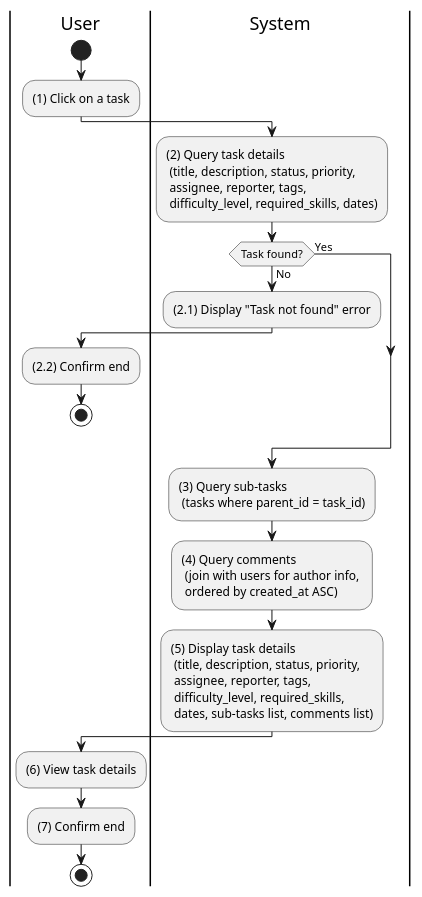
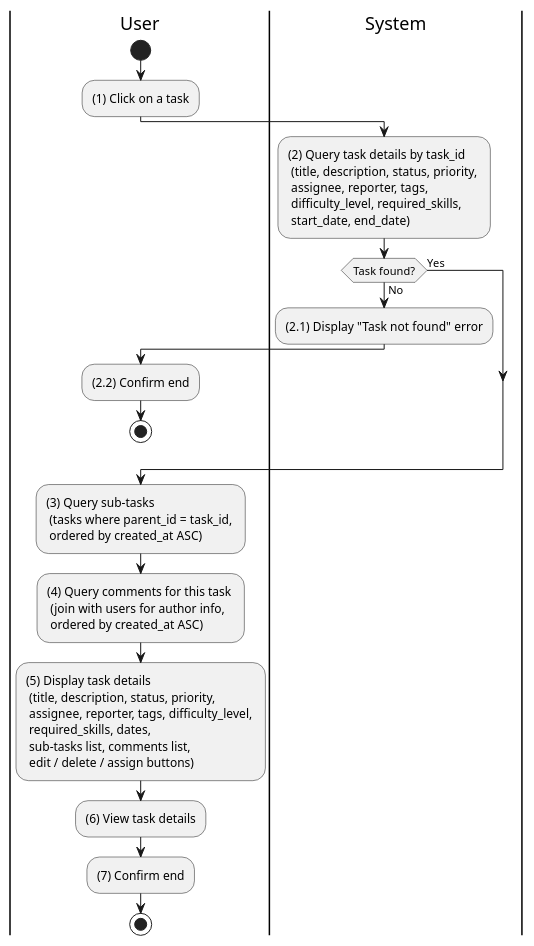
Before and after one commit to taskpilot-platform/taskpilot-platform.github.io: the diagram in docs/docs/activity/task-management/view-task-details.md, drawn with PlantUML. The commit also changed 9 other files, not shown here.

First line of the commit message:
docs(activity): expand 10 short activity diagram files with detailed flows

````diff
--- a/docs/docs/activity/task-management/view-task-details.md
+++ b/docs/docs/activity/task-management/view-task-details.md
@@ -3,32 +3,31 @@
 ```plantuml
 @startuml
 |U|User
 |S|System
 
 |U|
 start
 :(1) Click on a task;
 
 |S|
-:(2) Query task details \n (title, description, status, priority, \n assignee, reporter, tags, \n difficulty_level, required_skills, dates);
+:(2) Query task details by task_id \n (title, description, status, priority, \n assignee, reporter, tags, \n difficulty_level, required_skills, \n start_date, end_date);
 
 if (Task found?) then (No)
   :(2.1) Display "Task not found" error;
   |U|
   :(2.2) Confirm end;
   stop
 else (Yes)
 endif
 
-|S|
-:(3) Query sub-tasks \n (tasks where parent_id = task_id);
-:(4) Query comments \n (join with users for author info, \n ordered by created_at ASC);
-:(5) Display task details \n (title, description, status, priority, \n assignee, reporter, tags, \n difficulty_level, required_skills, \n dates, sub-tasks list, comments list);
+:(3) Query sub-tasks \n (tasks where parent_id = task_id, \n ordered by created_at ASC);
+:(4) Query comments for this task \n (join with users for author info, \n ordered by created_at ASC);
+:(5) Display task details \n (title, description, status, priority, \n assignee, reporter, tags, difficulty_level, \n required_skills, dates, \n sub-tasks list, comments list, \n edit / delete / assign buttons);
 
 |U|
 :(6) View task details;
 :(7) Confirm end;
 
 stop
 @enduml
 ```
````
